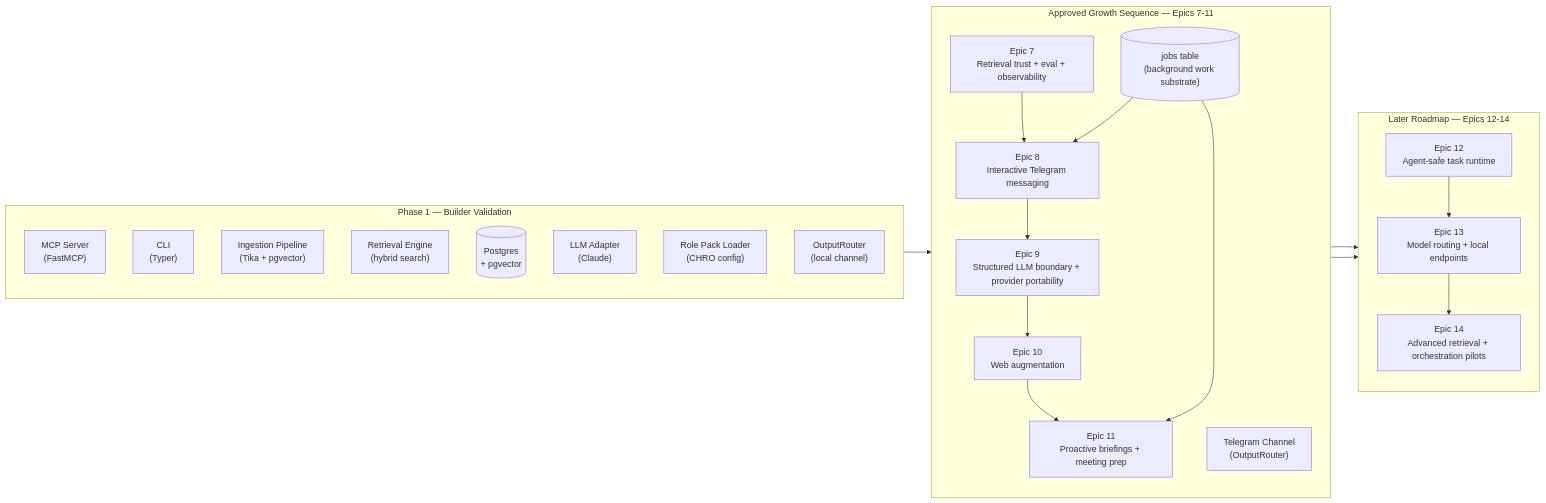
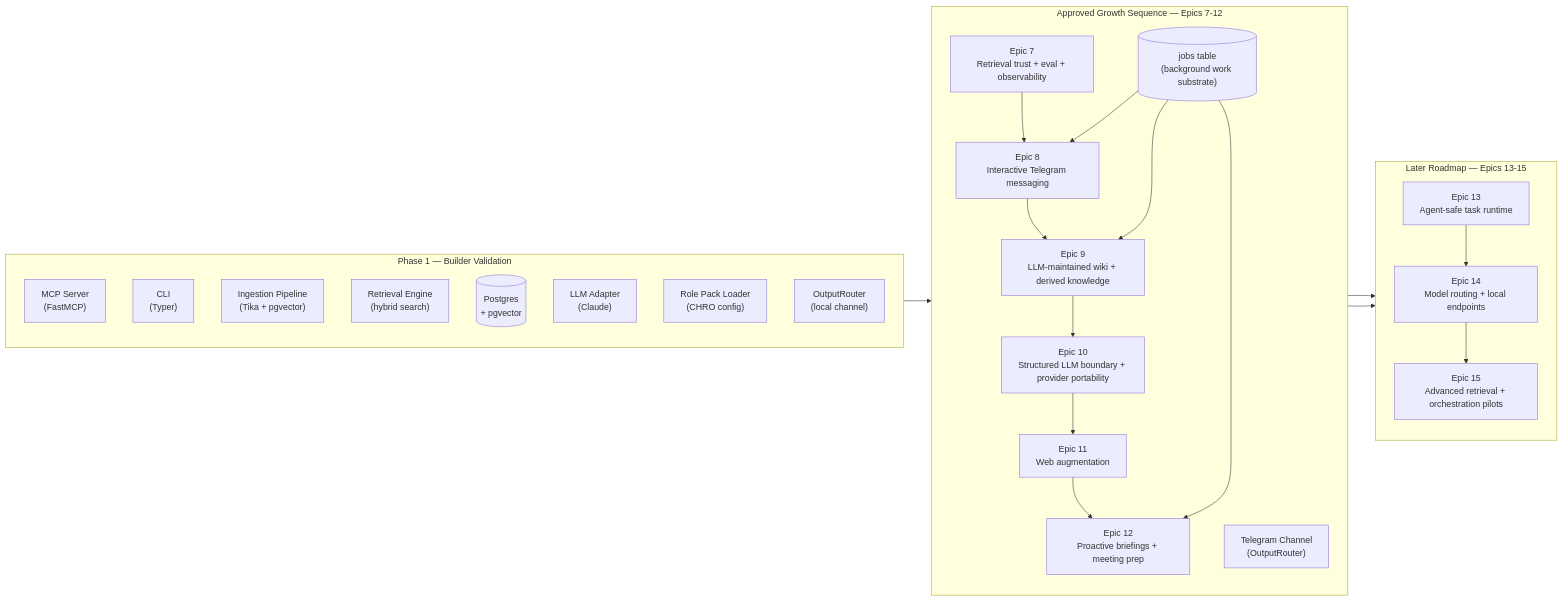
Before and after one commit to iainhgl/chief-of-staff: diagram 12 of 15 in _bmad-output/planning-artifacts/architecture-diagrams.md, drawn with Mermaid. The commit also changed other lines of this file and 8 other files, not shown here.

Commit message:
Insert LLM wiki epic into roadmap

````diff
--- a/_bmad-output/planning-artifacts/architecture-diagrams.md
+++ b/_bmad-output/planning-artifacts/architecture-diagrams.md
@@ -491,39 +491,41 @@
 ```mermaid
 flowchart LR
     subgraph P1["Phase 1 — Builder Validation"]
         direction TB
         MCP1["MCP Server\n(FastMCP)"]
         CLI1["CLI\n(Typer)"]
         ING1["Ingestion Pipeline\n(Tika + pgvector)"]
         RET1["Retrieval Engine\n(hybrid search)"]
         DB1[("Postgres\n+ pgvector")]
         LLM1["LLM Adapter\n(Claude)"]
         RP1["Role Pack Loader\n(CHRO config)"]
         OR1["OutputRouter\n(local channel)"]
     end
 
-    subgraph P2["Approved Growth Sequence — Epics 7-11"]
+    subgraph P2["Approved Growth Sequence — Epics 7-12"]
         direction TB
         E7["Epic 7\nRetrieval trust + eval + observability"]
         E8["Epic 8\nInteractive Telegram messaging"]
-        E9["Epic 9\nStructured LLM boundary + provider portability"]
-        E10["Epic 10\nWeb augmentation"]
-        E11["Epic 11\nProactive briefings + meeting prep"]
+        E9["Epic 9\nLLM-maintained wiki + derived knowledge"]
+        E10["Epic 10\nStructured LLM boundary + provider portability"]
+        E11["Epic 11\nWeb augmentation"]
+        E12["Epic 12\nProactive briefings + meeting prep"]
         JOBS2[("jobs table\n(background work substrate)")]
         TG2["Telegram Channel\n(OutputRouter)"]
     end
 
-    subgraph P3["Later Roadmap — Epics 12-14"]
+    subgraph P3["Later Roadmap — Epics 13-15"]
         direction TB
-        E12["Epic 12\nAgent-safe task runtime"]
-        E13["Epic 13\nModel routing + local endpoints"]
-        E14["Epic 14\nAdvanced retrieval + orchestration pilots"]
+        E13["Epic 13\nAgent-safe task runtime"]
+        E14["Epic 14\nModel routing + local endpoints"]
+        E15["Epic 15\nAdvanced retrieval + orchestration pilots"]
     end
 
     P1 --> P2 --> P3
-    E7 --> E8 --> E9 --> E10 --> E11
-    E11 --> E12
-    E12 --> E13 --> E14
+    E7 --> E8 --> E9 --> E10 --> E11 --> E12
+    E12 --> E13
+    E13 --> E14 --> E15
     JOBS2 --> E8
-    JOBS2 --> E11
+    JOBS2 --> E9
+    JOBS2 --> E12
 ```
````
